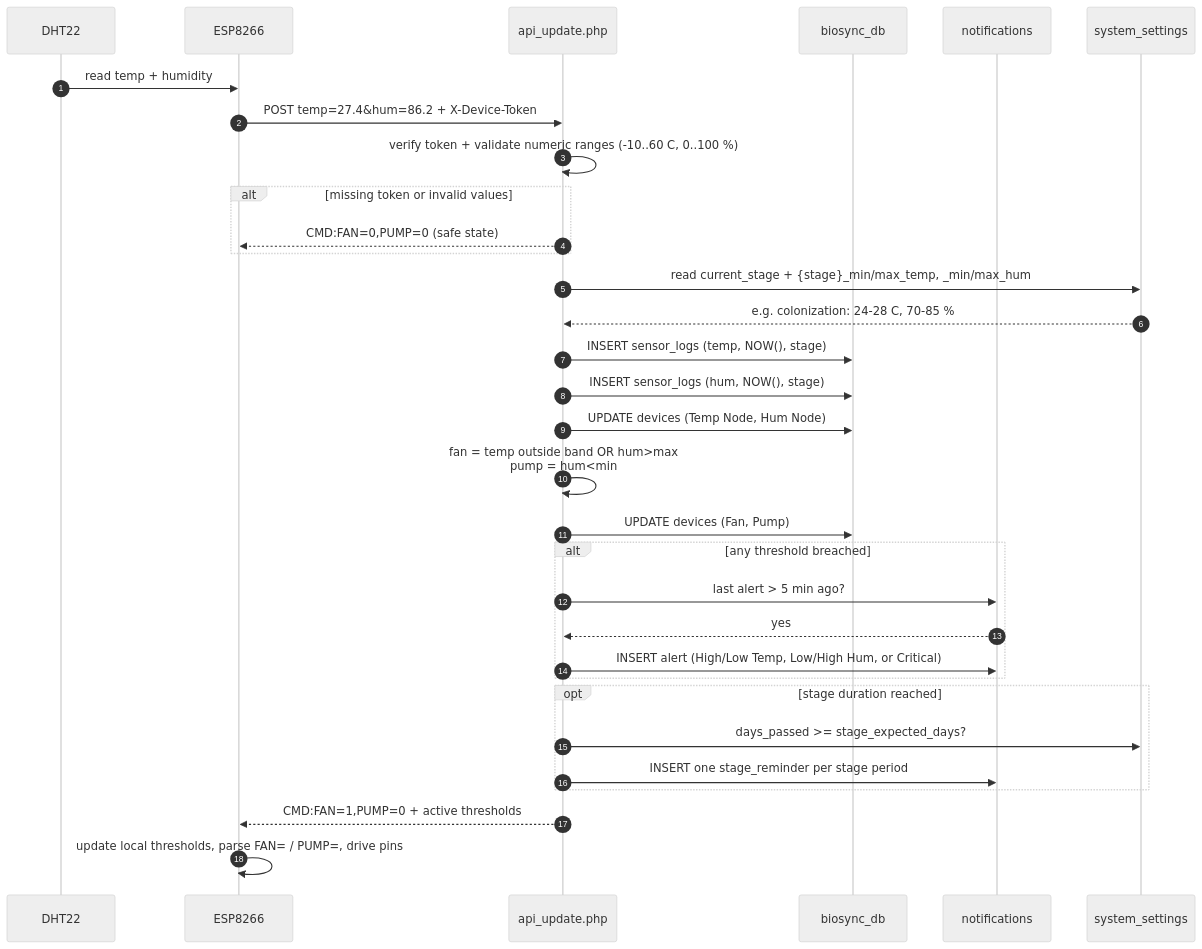
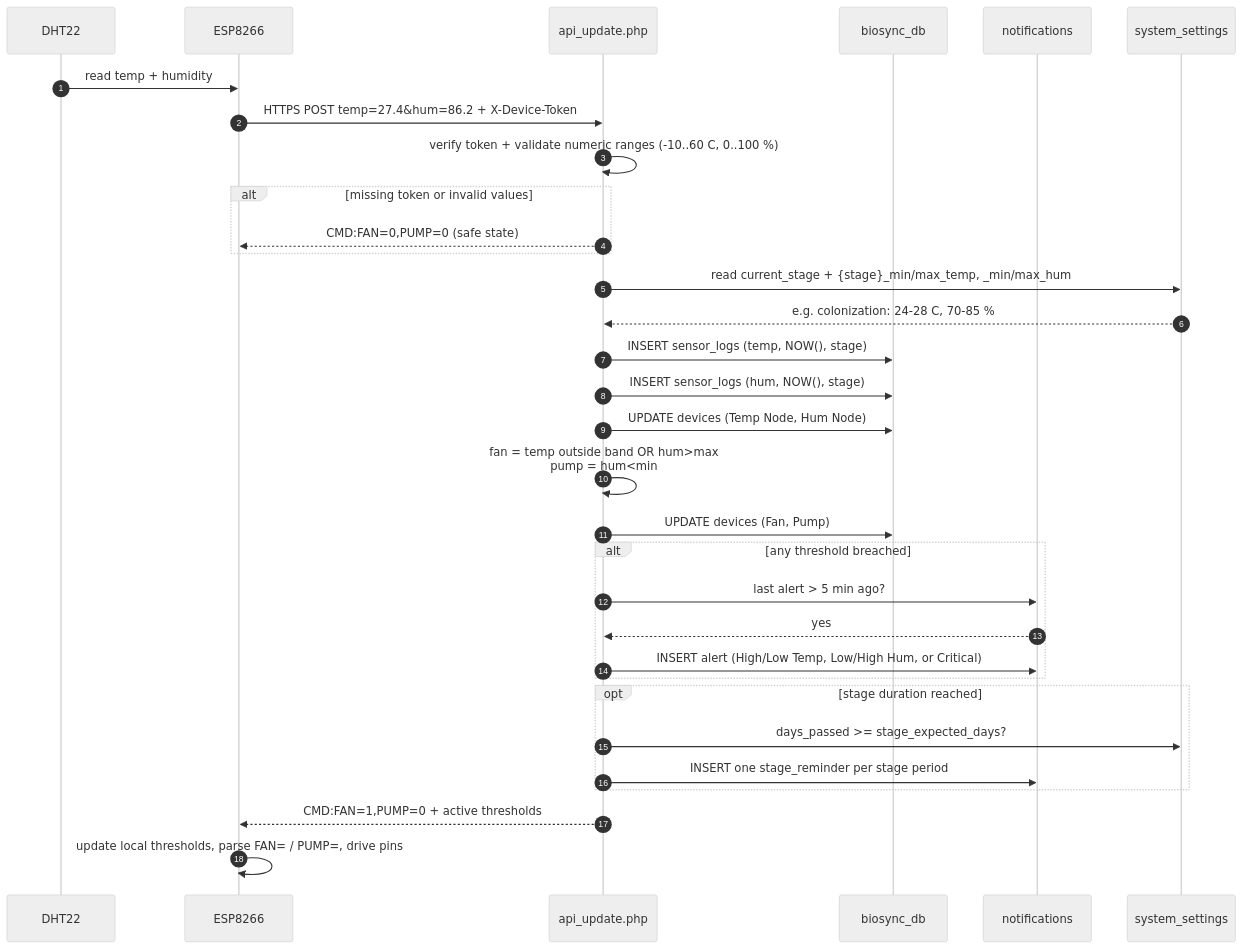
Before and after one commit to austinfeguro-png/mushroomsystem: the second of 4 diagrams in docs/SYSTEM_DIAGRAMS.md, drawn with Mermaid (neutral theme). The commit also changed 13 other files, not shown here.

````diff
--- a/docs/SYSTEM_DIAGRAMS.md
+++ b/docs/SYSTEM_DIAGRAMS.md
@@ -73,35 +73,35 @@
 ```mermaid
 sequenceDiagram
     autonumber
     participant DHT as DHT22
     participant ESP as ESP8266
     participant API as api_update.php
     participant DB as biosync_db
     participant NOTIF as notifications
     participant SET as system_settings
 
     DHT->>ESP: read temp + humidity
-    ESP->>API: POST temp=27.4&hum=86.2 + X-Device-Token
+    ESP->>API: HTTPS POST temp=27.4&hum=86.2 + X-Device-Token
     API->>API: verify token + validate numeric ranges (-10..60 C, 0..100 %)
     alt missing token or invalid values
         API-->>ESP: CMD:FAN=0,PUMP=0 (safe state)
     end
     API->>SET: read current_stage + {stage}_min/max_temp, _min/max_hum
     SET-->>API: e.g. colonization: 24-28 C, 70-85 %
     API->>DB: INSERT sensor_logs (temp, NOW(), stage)
     API->>DB: INSERT sensor_logs (hum, NOW(), stage)
     API->>DB: UPDATE devices (Temp Node, Hum Node)
     API->>API: fan = temp outside band OR hum>max<br/>pump = hum<min
     API->>DB: UPDATE devices (Fan, Pump)
     alt any threshold breached
         API->>NOTIF: last alert > 5 min ago?
         NOTIF-->>API: yes
         API->>NOTIF: INSERT alert (High/Low Temp, Low/High Hum, or Critical)
     end
     opt stage duration reached
         API->>SET: days_passed >= stage_expected_days?
         API->>NOTIF: INSERT one stage_reminder per stage period
     end
     API-->>ESP: CMD:FAN=1,PUMP=0 + active thresholds
     ESP->>ESP: update local thresholds, parse FAN= / PUMP=, drive pins
 ```
````
